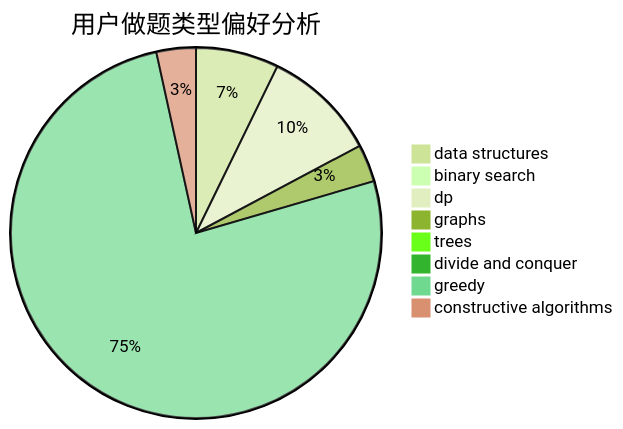
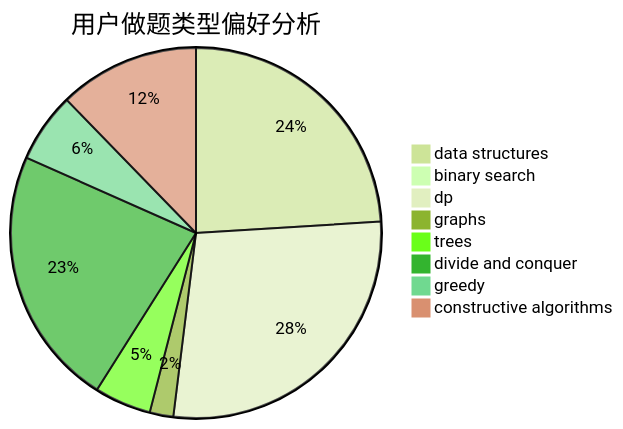
One commit to sherpahu/cfrs.github.io changed the second of 3 diagrams in docs/user/u773.md. Above: the diagram before and after it, drawn with Mermaid (forest theme). The commit also changed other lines of this file and 2770 other files, not shown here.

````diff
--- a/docs/user/u773.md
+++ b/docs/user/u773.md
@@ -23,11 +23,11 @@
 ```mermaid
 pie title 用户做题类型偏好分析
-    "data structures" :  42
-    "binary search" :  4
-    "dp" :  58
-    "graphs" :  19
-    "trees" :  3
-    "divide and conquer" :  0
-    "greedy" :  442
-    "constructive algorithms" :  20
+    "data structures" :  233
+    "binary search" :  1
+    "dp" :  271
+    "graphs" :  20
+    "trees" :  48
+    "divide and conquer" :  220
+    "greedy" :  59
+    "constructive algorithms" :  119
 ```
````
